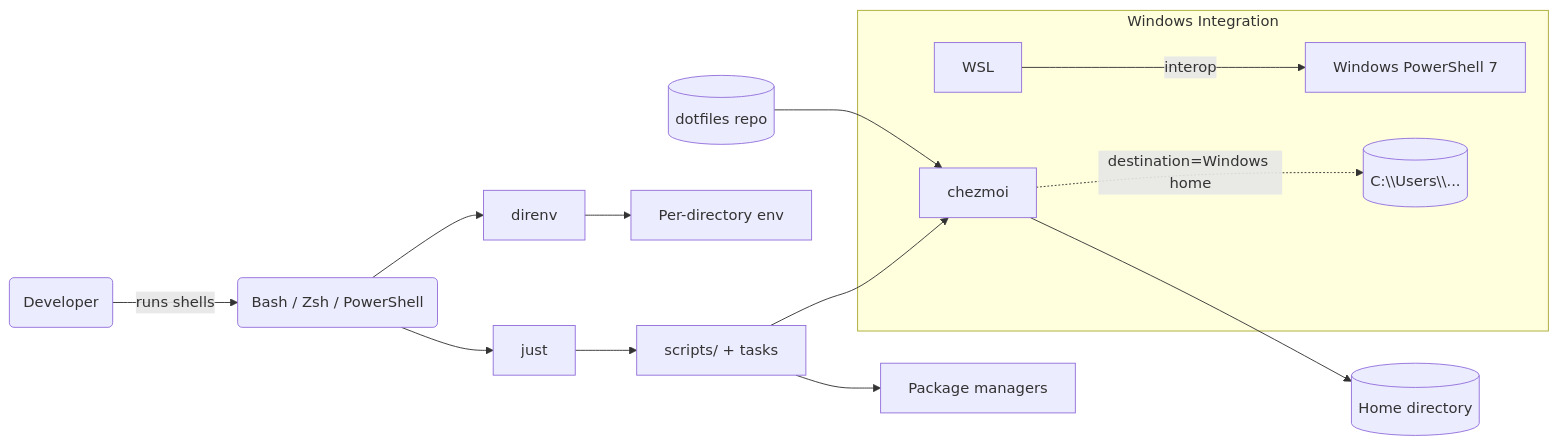
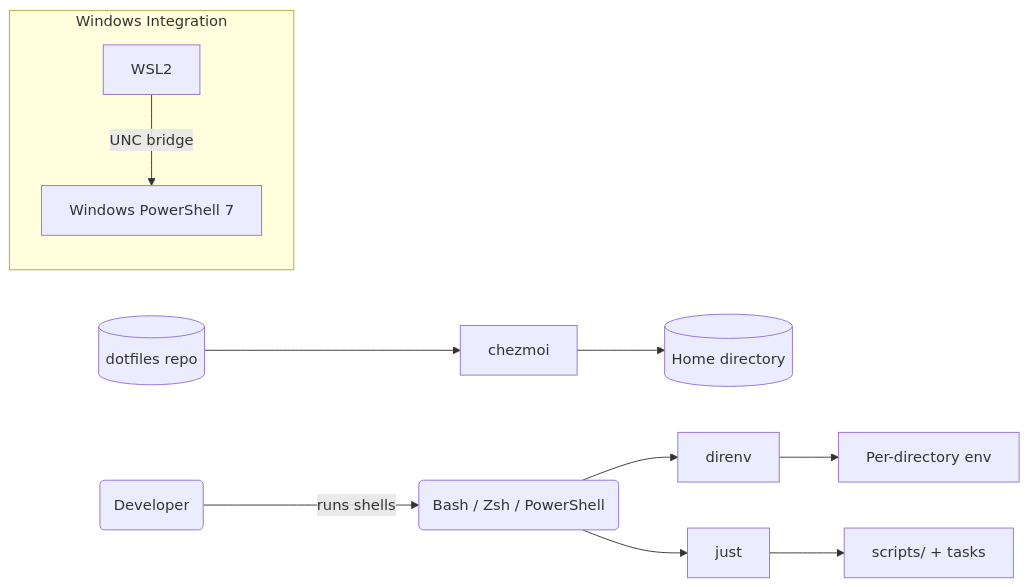
One commit to SPRIME01/dotfiles changed the diagram in docs/explanation/architecture.md. Above: the diagram before and after it, drawn with Mermaid. The commit also changed other lines of this file and 35 other files, not shown here.

Commit message:
docs: add comprehensive system documentation for subsystems, workflows, and architecture

````diff
--- a/docs/explanation/architecture.md
+++ b/docs/explanation/architecture.md
@@ -18,17 +12,14 @@
 ```mermaid
 flowchart LR
   user(Developer) -->|runs shells| shells(Bash / Zsh / PowerShell)
   repo[(dotfiles repo)] --> cm[chezmoi]
   cm --> home[(Home directory)]
   shells --> direnv
   shells --> just
   direnv --> env[Per-directory env]
   just --> scripts[scripts/ + tasks]
-  scripts --> cm
-  scripts --> pmgrs[Package managers]
 
   subgraph Windows Integration
-    WSL[WSL] -->|interop| pwsh[Windows PowerShell 7]
-    cm -.->|destination=Windows home| winhome[(C:\\Users\\...)]
+    WSL[WSL2] -->|UNC bridge| pwsh[Windows PowerShell 7]
   end
 ```
````
